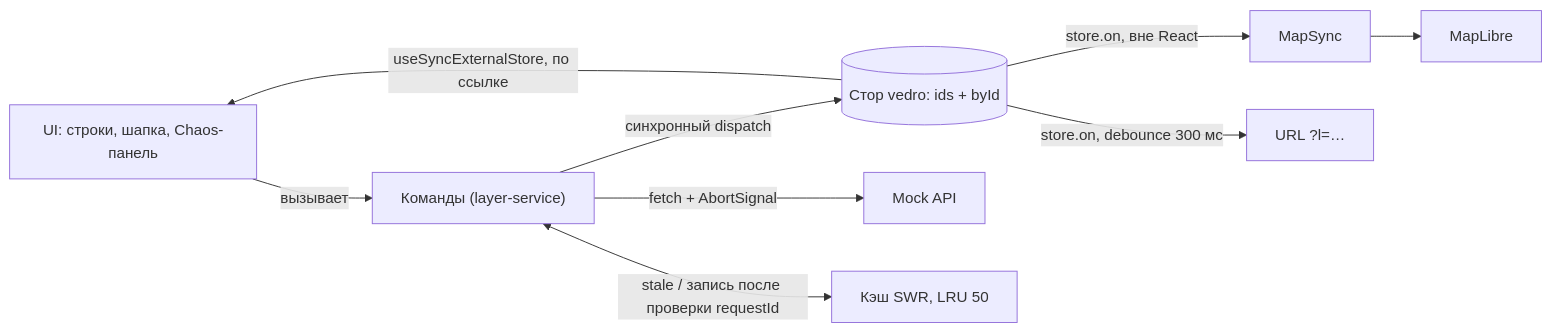
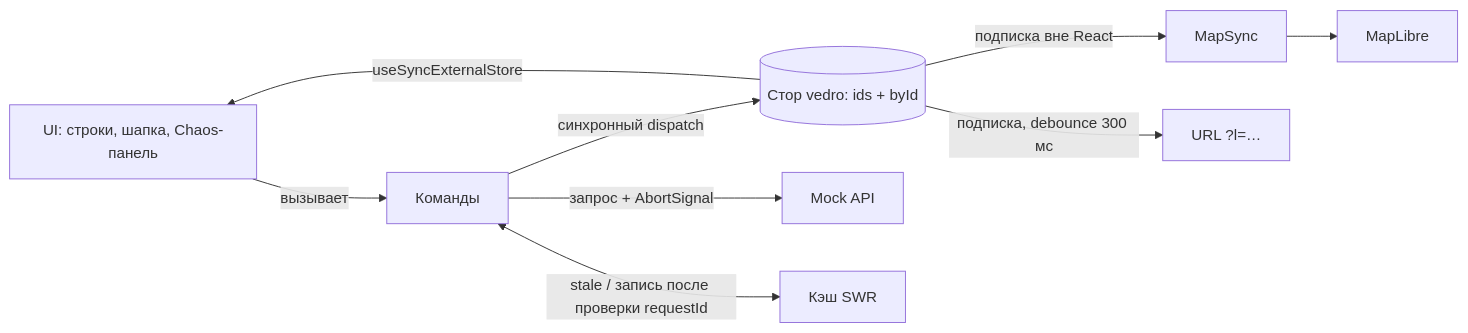
Before and after one commit to zalkar-mm/layers: the diagram in README.md, drawn with Mermaid. The commit also changed other lines of this file and 19 other files, not shown here.

````diff
--- a/README.md
+++ b/README.md
@@ -36,10 +38,10 @@
 ```mermaid
 flowchart LR
-  UI["UI: строки, шапка, Chaos-панель"] -->|вызывает| CMD["Команды (layer-service)"]
+  UI["UI: строки, шапка, Chaos-панель"] -->|вызывает| CMD["Команды"]
   CMD -->|синхронный dispatch| STORE[("Стор vedro: ids + byId")]
-  CMD -->|fetch + AbortSignal| API["Mock API"]
-  CMD <-->|stale / запись после проверки requestId| CACHE["Кэш SWR, LRU 50"]
-  STORE -->|useSyncExternalStore, по ссылке| UI
-  STORE -->|store.on, вне React| SYNC["MapSync"] --> MAP["MapLibre"]
-  STORE -->|store.on, debounce 300 мс| URL["URL ?l=…"]
+  CMD -->|запрос + AbortSignal| API["Mock API"]
+  CMD <-->|stale / запись после проверки requestId| CACHE["Кэш SWR"]
+  STORE -->|useSyncExternalStore| UI
+  STORE -->|подписка вне React| SYNC["MapSync"] --> MAP["MapLibre"]
+  STORE -->|подписка, debounce 300 мс| URL["URL ?l=…"]
 ```
````
